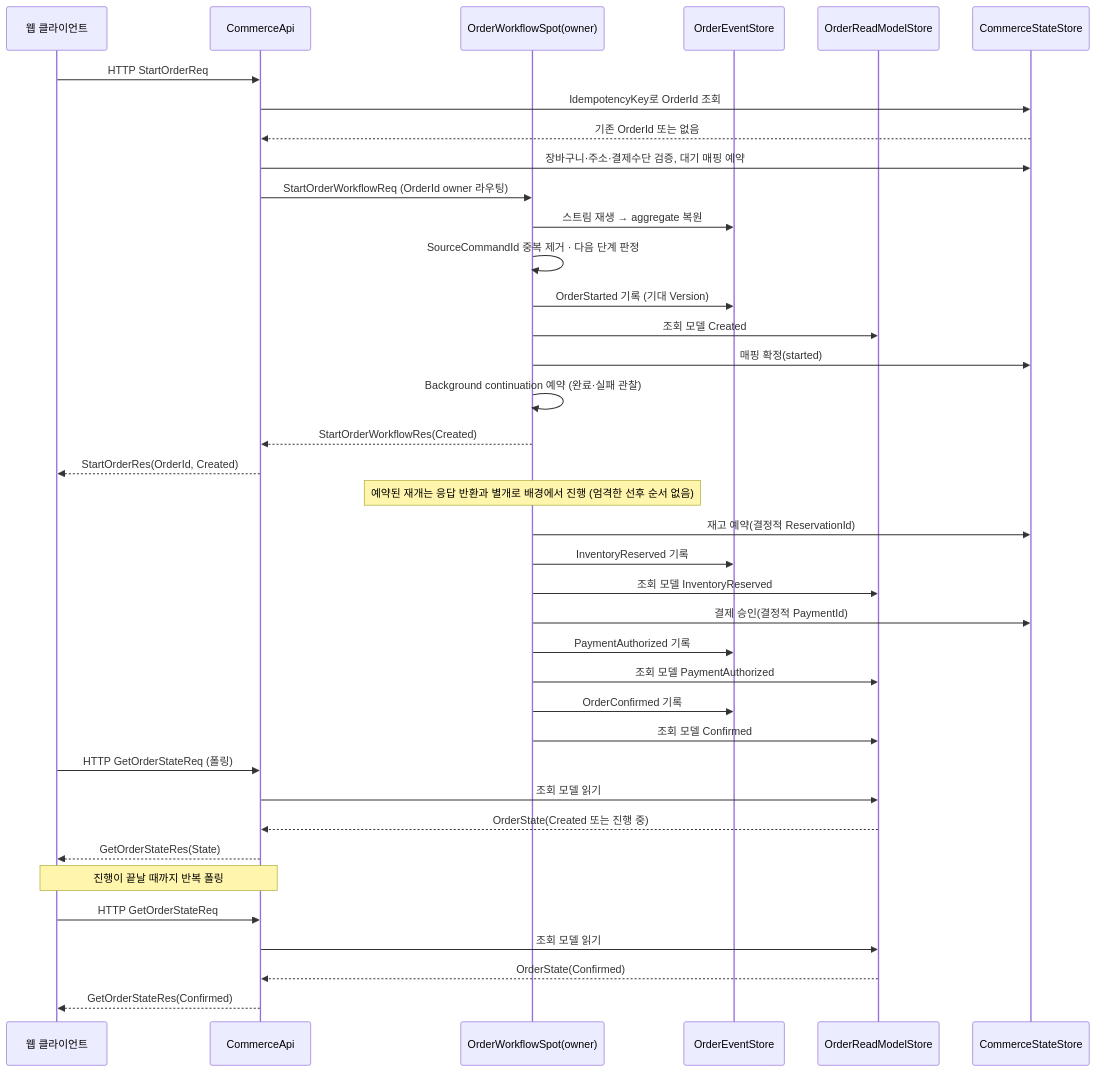
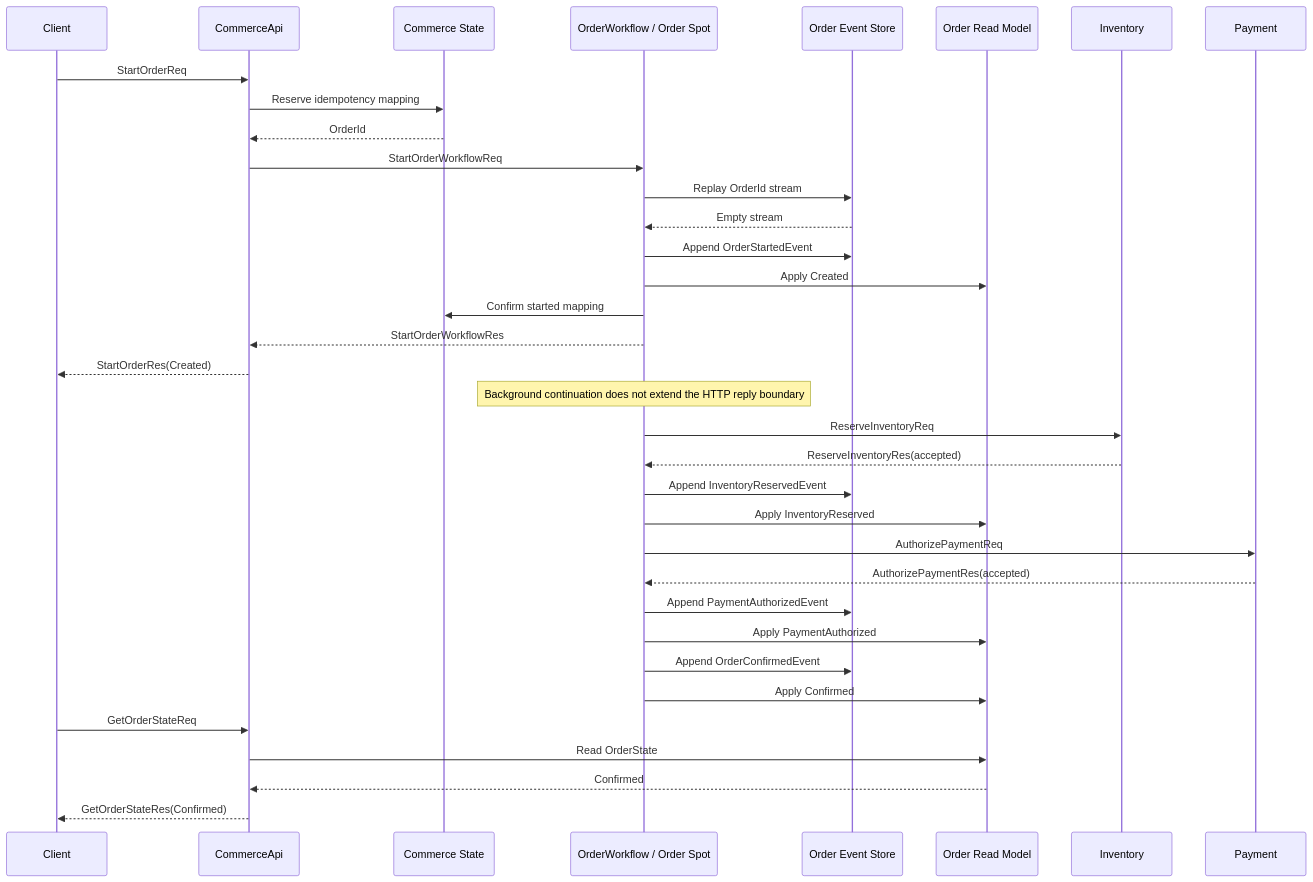
One commit to kairos-code-dev/zlink changed the third of 7 diagrams in framework/doc/framework/common/sample/event/shoppingmall.ko.md. Above: the diagram before and after it, drawn with Mermaid. The commit also changed other lines of this file and 39 other files, not shown here.

````diff
--- a/framework/doc/framework/common/sample/event/shoppingmall.ko.md
+++ b/framework/doc/framework/common/sample/event/shoppingmall.ko.md
@@ -866,44 +455,40 @@
 ```mermaid
 sequenceDiagram
-    participant C as 웹 클라이언트
+    participant Client
     participant API as CommerceApi
-    participant O as OrderWorkflowSpot(owner)
-    participant ES as OrderEventStore
-    participant RS as OrderReadModelStore
-    participant CS as CommerceStateStore
+    participant State as Commerce State
+    participant Workflow as OrderWorkflow / Order Spot
+    participant Events as Order Event Store
+    participant Projection as Order Read Model
+    participant Inventory
+    participant Payment
 
-    C->>API: HTTP StartOrderReq
-    API->>CS: IdempotencyKey로 OrderId 조회
-    CS-->>API: 기존 OrderId 또는 없음
-    API->>CS: 장바구니·주소·결제수단 검증, 대기 매핑 예약
-    API->>O: StartOrderWorkflowReq (OrderId owner 라우팅)
+    Client->>API: StartOrderReq
+    API->>State: Reserve idempotency mapping
+    State-->>API: OrderId
+    API->>Workflow: StartOrderWorkflowReq
+    Workflow->>Events: Replay OrderId stream
+    Events-->>Workflow: Empty stream
+    Workflow->>Events: Append OrderStartedEvent
+    Workflow->>Projection: Apply Created
+    Workflow->>State: Confirm started mapping
+    Workflow-->>API: StartOrderWorkflowRes
+    API-->>Client: StartOrderRes(Created)
 
-    O->>ES: 스트림 재생 → aggregate 복원
-    O->>O: SourceCommandId 중복 제거 · 다음 단계 판정
-    O->>ES: OrderStarted 기록 (기대 Version)
-    O->>RS: 조회 모델 Created
-    O->>CS: 매핑 확정(started)
-    O->>O: Background continuation 예약 (완료·실패 관찰)
-    O-->>API: StartOrderWorkflowRes(Created)
-    API-->>C: StartOrderRes(OrderId, Created)
+    Note over Workflow: Background continuation does not extend the HTTP reply boundary
+    Workflow->>Inventory: ReserveInventoryReq
+    Inventory-->>Workflow: ReserveInventoryRes(accepted)
+    Workflow->>Events: Append InventoryReservedEvent
+    Workflow->>Projection: Apply InventoryReserved
+    Workflow->>Payment: AuthorizePaymentReq
+    Payment-->>Workflow: AuthorizePaymentRes(accepted)
+    Workflow->>Events: Append PaymentAuthorizedEvent
+    Workflow->>Projection: Apply PaymentAuthorized
+    Workflow->>Events: Append OrderConfirmedEvent
+    Workflow->>Projection: Apply Confirmed
 
-    Note over O: 예약된 재개는 응답 반환과 별개로 배경에서 진행 (엄격한 선후 순서 없음)
-    O->>CS: 재고 예약(결정적 ReservationId)
-    O->>ES: InventoryReserved 기록
-    O->>RS: 조회 모델 InventoryReserved
-    O->>CS: 결제 승인(결정적 PaymentId)
-    O->>ES: PaymentAuthorized 기록
-    O->>RS: 조회 모델 PaymentAuthorized
-    O->>ES: OrderConfirmed 기록
-    O->>RS: 조회 모델 Confirmed
-
-    C->>API: HTTP GetOrderStateReq (폴링)
-    API->>RS: 조회 모델 읽기
-    RS-->>API: OrderState(Created 또는 진행 중)
-    API-->>C: GetOrderStateRes(State)
-    Note over C,API: 진행이 끝날 때까지 반복 폴링
-    C->>API: HTTP GetOrderStateReq
-    API->>RS: 조회 모델 읽기
-    RS-->>API: OrderState(Confirmed)
-    API-->>C: GetOrderStateRes(Confirmed)
+    Client->>API: GetOrderStateReq
+    API->>Projection: Read OrderState
+    Projection-->>API: Confirmed
+    API-->>Client: GetOrderStateRes(Confirmed)
 ```
````
